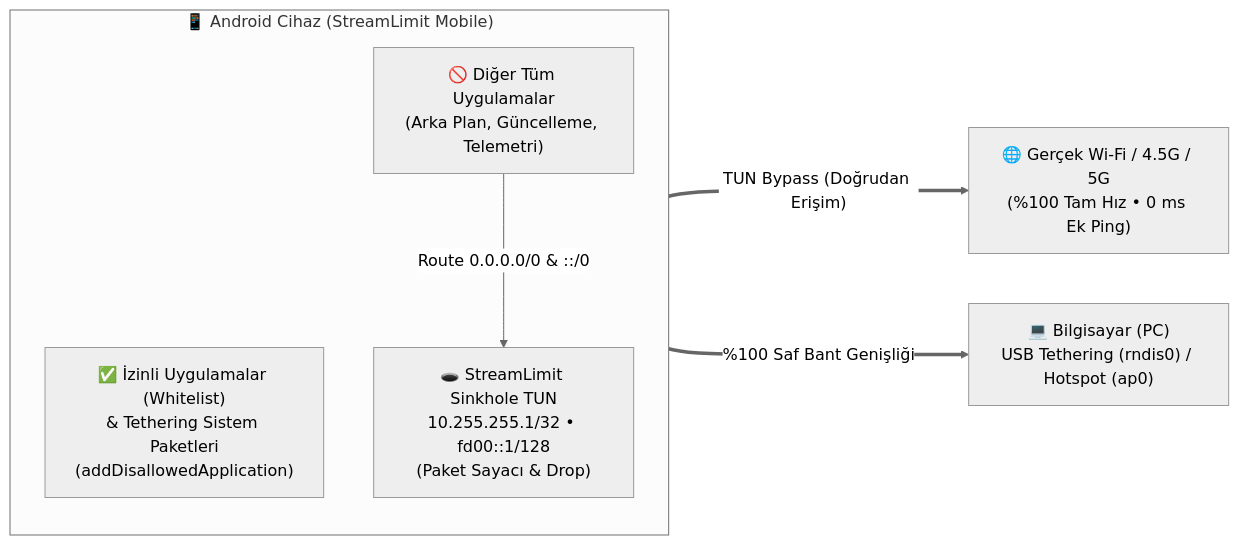
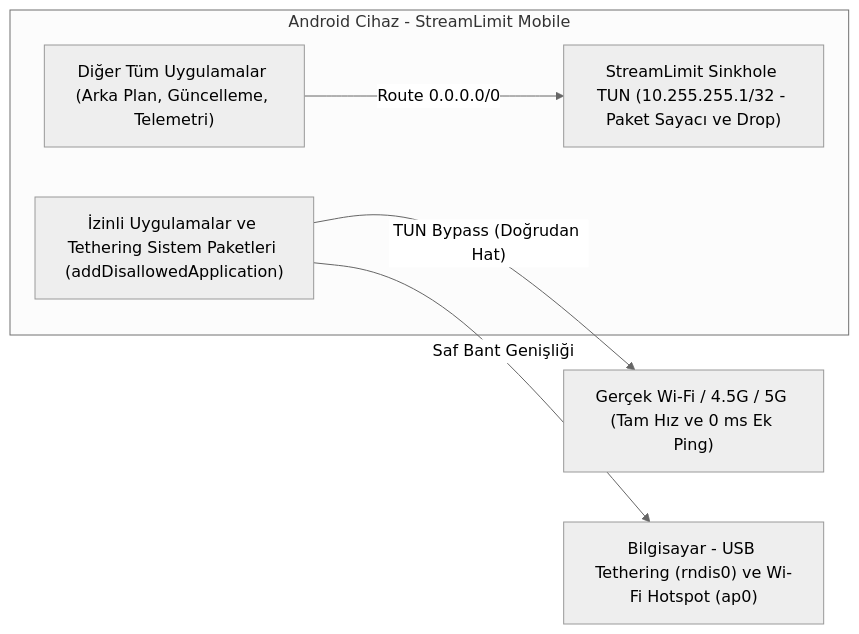
The diagram in README.md (Jung1330/StreamLimitMobile), drawn with Mermaid (neutral theme) before and after one commit. The commit also changed other lines of this file, not shown here.

Commit message:
Fix Mermaid diagram syntax in README and add Release download links

````diff
--- a/README.md
+++ b/README.md
@@ -53,16 +63,15 @@
 ```mermaid
 flowchart LR
-    subgraph Android["📱 Android Cihaz (StreamLimit Mobile)"]
-        direction TB
-        Allowed["✅ İzinli Uygulamalar (Whitelist)\n& Tethering Sistem Paketleri\n(addDisallowedApplication)"]
-        Blocked["🚫 Diğer Tüm Uygulamalar\n(Arka Plan, Güncelleme, Telemetri)"]
-        Sinkhole["🕳️ StreamLimit Sinkhole TUN\n10.255.255.1/32 • fd00::1/128\n(Paket Sayacı & Drop)"]
+    subgraph Android["Android Cihaz - StreamLimit Mobile"]
+        Allowed["İzinli Uygulamalar ve Tethering Sistem Paketleri (addDisallowedApplication)"]
+        Blocked["Diğer Tüm Uygulamalar (Arka Plan, Güncelleme, Telemetri)"]
+        Sinkhole["StreamLimit Sinkhole TUN (10.255.255.1/32 - Paket Sayacı ve Drop)"]
     end
 
-    RealNet["🌐 Gerçek Wi-Fi / 4.5G / 5G\n(%100 Tam Hız • 0 ms Ek Ping)"]
-    PC["💻 Bilgisayar (PC)\nUSB Tethering (rndis0) / Hotspot (ap0)"]
+    RealNet["Gerçek Wi-Fi / 4.5G / 5G (Tam Hız ve 0 ms Ek Ping)"]
+    PC["Bilgisayar - USB Tethering (rndis0) ve Wi-Fi Hotspot (ap0)"]
 
-    Allowed ===>|"TUN Bypass (Doğrudan Erişim)"| RealNet
-    Allowed ===>|"%100 Saf Bant Genişliği"| PC
-    Blocked --->|"Route 0.0.0.0/0 & ::/0"| Sinkhole
+    Allowed -->|"TUN Bypass (Doğrudan Hat)"| RealNet
+    Allowed -->|"Saf Bant Genişliği"| PC
+    Blocked -->|"Route 0.0.0.0/0"| Sinkhole
 ```
````
